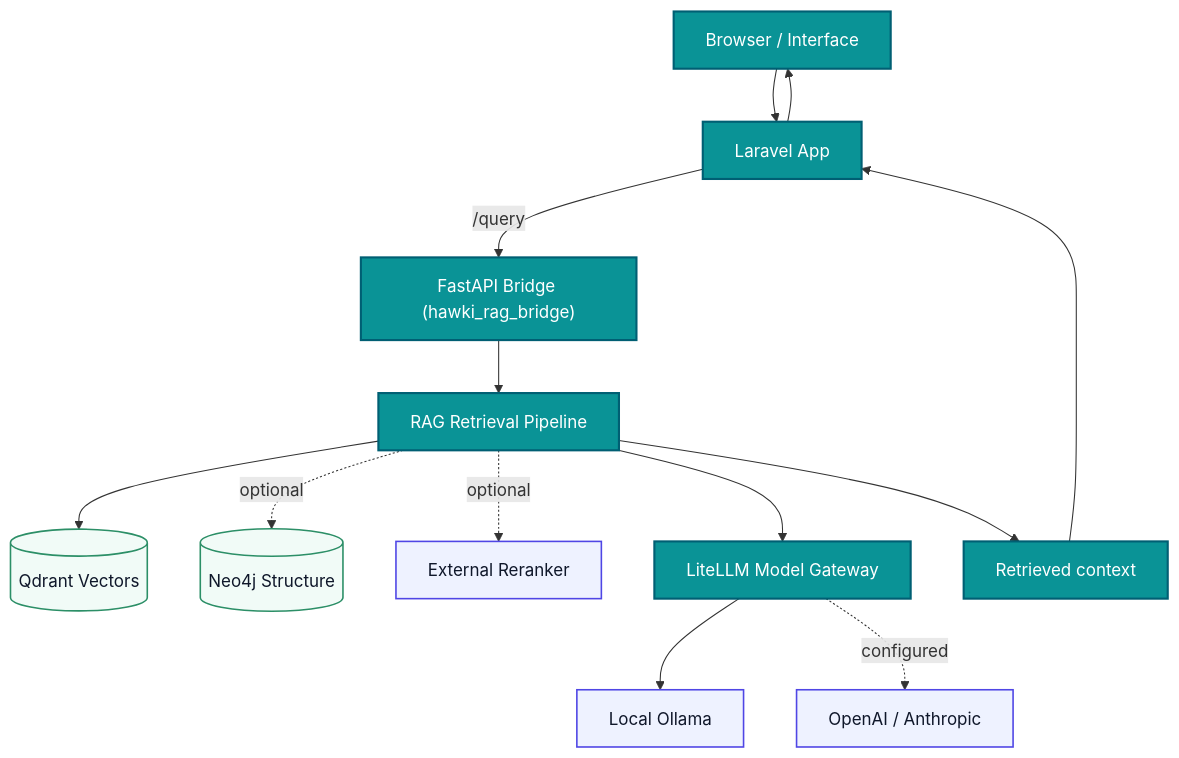
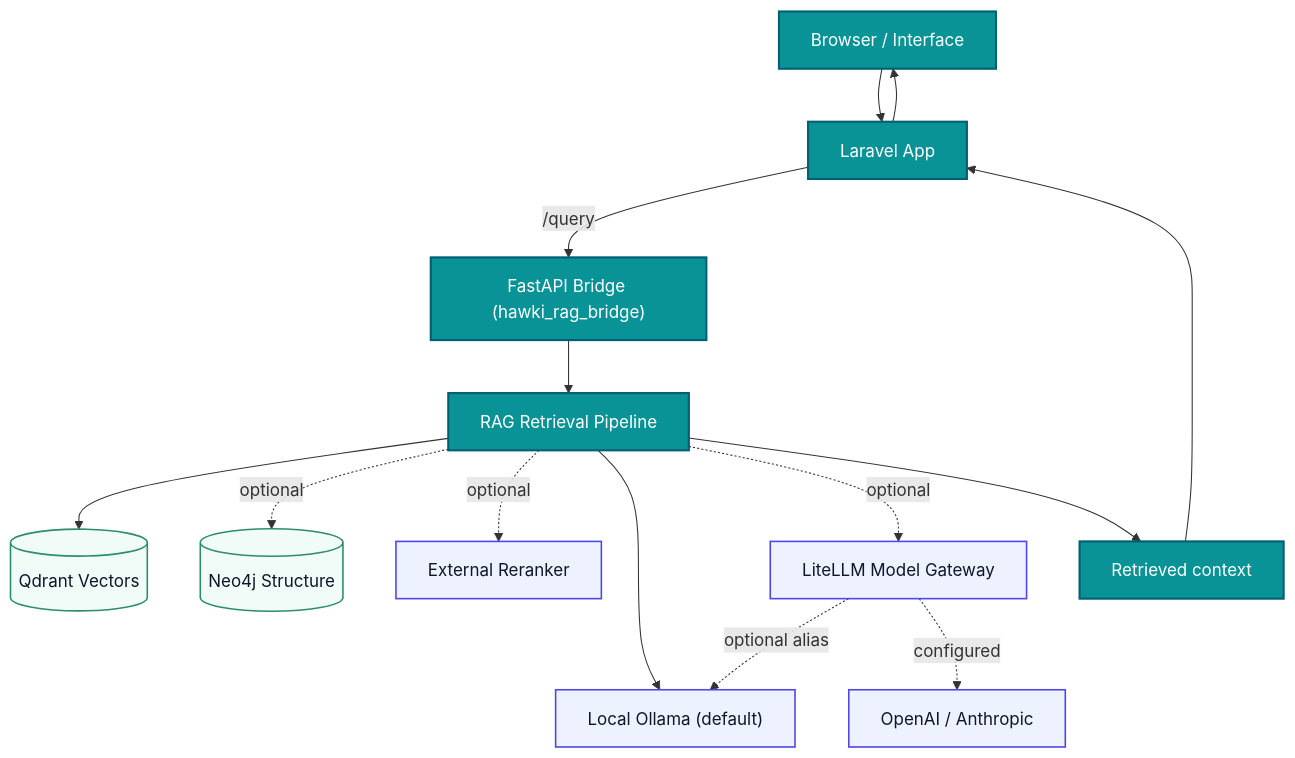
Before and after one commit to hawk-digital-environments/HAWKI-RAG: the diagram in _documentation/Getting Started/3_introduction_architecture.md, drawn with Mermaid. The commit also changed other lines of this file and 48 other files, not shown here.

Commit message:
optional LiteLLM added and Ollama set by default

````diff
--- a/_documentation/Getting Started/3_introduction_architecture.md
+++ b/_documentation/Getting Started/3_introduction_architecture.md
@@ -30,24 +30,25 @@
 ```mermaid
 flowchart TB
     UI["Browser / Interface"] --> Laravel["Laravel App"]
     Laravel -->|"/query"| Bridge["FastAPI Bridge (hawki_rag_bridge)"]
     Bridge --> Pipeline["RAG Retrieval Pipeline"]
 
     Pipeline --> Qdrant[("Qdrant Vectors")]
     Pipeline -. optional .-> Neo4j[("Neo4j Structure")]
     Pipeline -. optional .-> Rerank["External Reranker"]
-    Pipeline --> LiteLLM["LiteLLM Model Gateway"]
-    LiteLLM --> Ollama["Local Ollama"]
+    Pipeline --> Ollama["Local Ollama (default)"]
+    Pipeline -. optional .-> LiteLLM["LiteLLM Model Gateway"]
+    LiteLLM -. optional alias .-> Ollama
     LiteLLM -. configured .-> Cloud["OpenAI / Anthropic"]
 
     Pipeline --> Result["Retrieved context"]
     Result --> Laravel --> UI
 
     classDef core fill:#0a9396,color:#ffffff,stroke:#005f73,stroke-width:2px,font-size:16px;
     classDef data fill:#f1fbf7,color:#0f172a,stroke:#2c8f67,stroke-width:1.5px,font-size:16px;
     classDef side fill:#eef2ff,color:#0f172a,stroke:#4f46e5,stroke-width:1.5px,font-size:16px;
 
-    class UI,Laravel,Bridge,Pipeline,Result,LiteLLM core;
+    class UI,Laravel,Bridge,Pipeline,Result core;
     class Qdrant,Neo4j data;
-    class Rerank,Ollama,Cloud side;
+    class Rerank,Ollama,LiteLLM,Cloud side;
 ```
````
